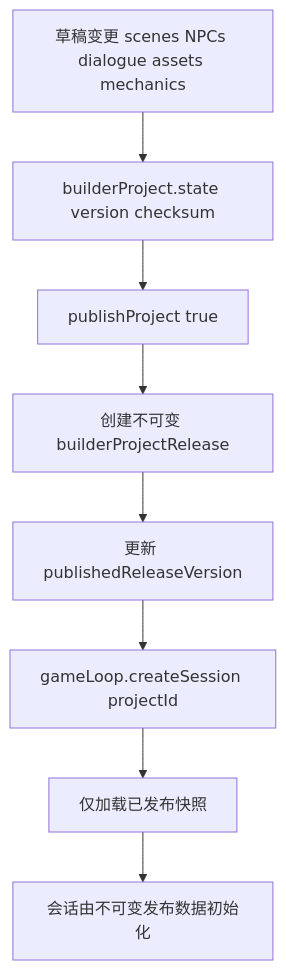
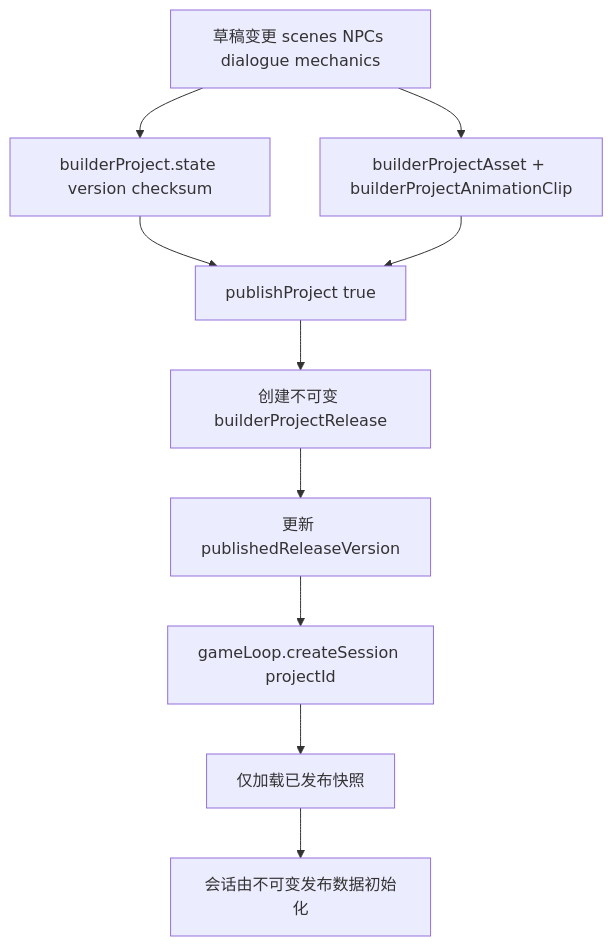
Before and after one commit to d4551/tea: diagram 13 of 13 in README.md, drawn with Mermaid. The commit also changed other lines of this file and 64 other files, not shown here.

Commit message:
docs: align architecture map and readme with domain-driven builder, new Prisma extension models, and lifecycle-managed polling plugins

````diff
--- a/README.md
+++ b/README.md
@@ -726,10 +822,12 @@
 ```mermaid
 flowchart TD
-  A["草稿变更 scenes NPCs dialogue assets mechanics"] --> B["builderProject.state version checksum"]
-  B --> C["publishProject true"]
-  C --> D["创建不可变 builderProjectRelease"]
-  D --> E["更新 publishedReleaseVersion"]
-  E --> F["gameLoop.createSession projectId"]
-  F --> G["仅加载已发布快照"]
-  G --> H["会话由不可变发布数据初始化"]
+  A["草稿变更 scenes NPCs dialogue mechanics"] --> B["builderProject.state version checksum"]
+  A --> C["builderProjectAsset + builderProjectAnimationClip"]
+  B --> D["publishProject true"]
+  C --> D
+  D --> E["创建不可变 builderProjectRelease"]
+  E --> F["更新 publishedReleaseVersion"]
+  F --> G["gameLoop.createSession projectId"]
+  G --> H["仅加载已发布快照"]
+  H --> I["会话由不可变发布数据初始化"]
 ```
````
